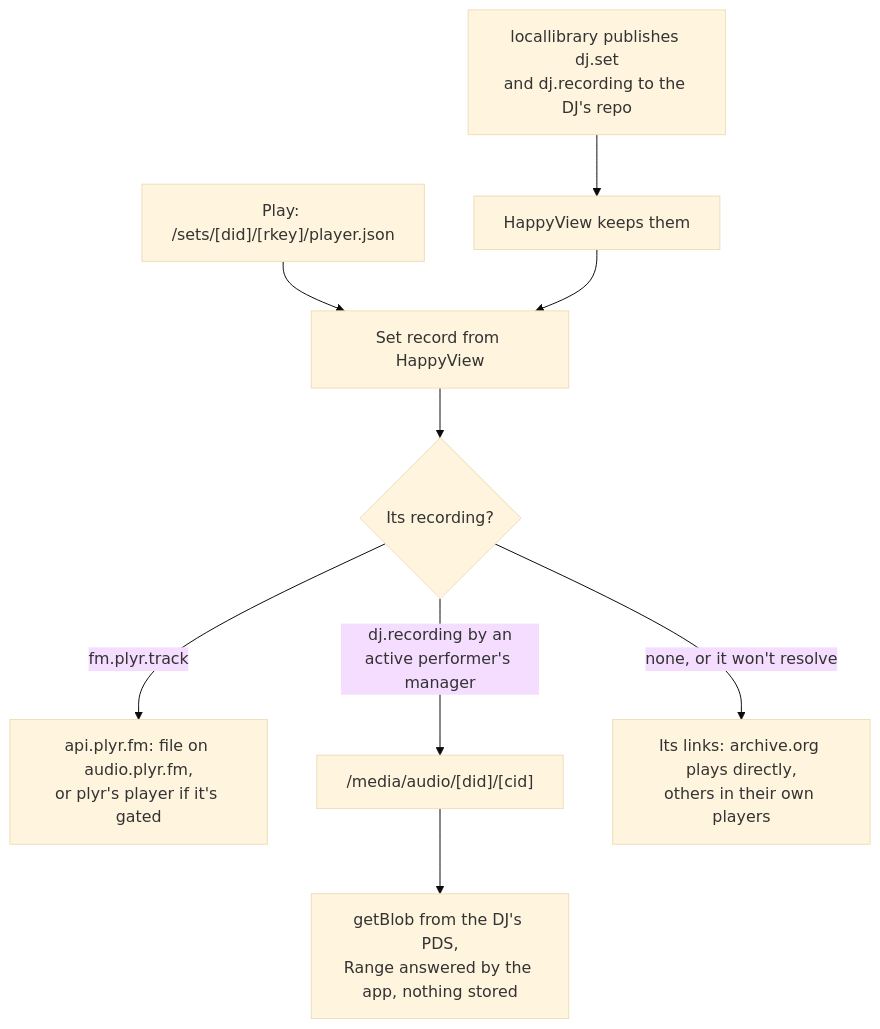
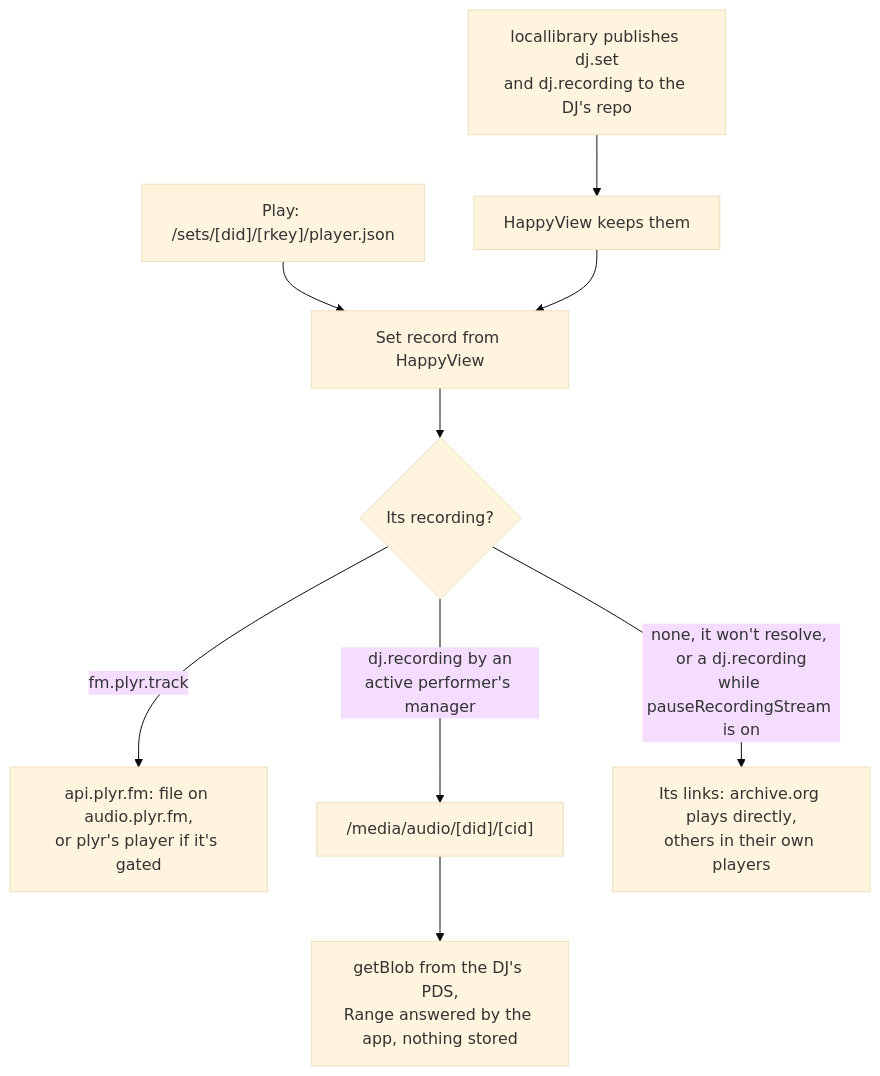
Before and after one commit to cutenode/localnetwork: the fourth of 6 diagrams in apps/web/docs/diagrams/mixes-and-sets.md, drawn with Mermaid (base theme). The commit also changed 40 other files, not shown here.

````diff
--- a/apps/web/docs/diagrams/mixes-and-sets.md
+++ b/apps/web/docs/diagrams/mixes-and-sets.md
@@ -78,11 +78,11 @@
 ```mermaid
 flowchart TD
   Publish["locallibrary publishes dj.set<br/>and dj.recording to the DJ's repo"] --> HV["HappyView keeps them"]
   Play["Play: /sets/[did]/[rkey]/player.json"] --> Set["Set record from HappyView"]
   HV --> Set
   Set --> Recording{"Its recording?"}
   Recording -- "fm.plyr.track" --> Plyr["api.plyr.fm: file on audio.plyr.fm,<br/>or plyr's player if it's gated"]
   Recording -- "dj.recording by an<br/>active performer's manager" --> Stream["/media/audio/[did]/[cid]"]
-  Recording -- "none, or it won't resolve" --> Links["Its links: archive.org plays directly,<br/>others in their own players"]
+  Recording -- "none, it won't resolve, or a dj.recording<br/>while pauseRecordingStream is on" --> Links["Its links: archive.org plays directly,<br/>others in their own players"]
   Stream --> Blob["getBlob from the DJ's PDS,<br/>Range answered by the app, nothing stored"]
 ```
````
